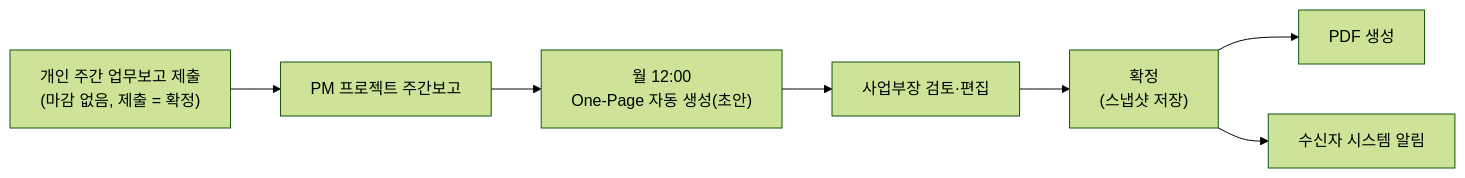
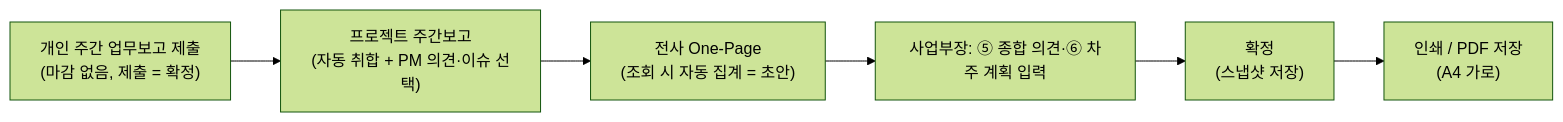
Diagram 13 of 14 in SM_SI_인력관리시스템_명세서.md (toddkim-rgb/BT_HRM), drawn with Mermaid (forest theme) before and after one commit. The commit also changed other lines of this file and 13 other files, not shown here.

First line of the commit message:
v1.0: 주간보고 자동화 (프로젝트 주간보고·전사 One-Page), 범위 재정리

````diff
--- a/SM_SI_인력관리시스템_명세서.md
+++ b/SM_SI_인력관리시스템_명세서.md
@@ -748,9 +712,8 @@
 ```mermaid
 flowchart LR
-  A0["개인 주간 업무보고 제출<br/>(마감 없음, 제출 = 확정)"] --> A1["PM 프로젝트 주간보고"]
-  A1 --> A["월 12:00<br/>One-Page 자동 생성(초안)"]
-  A --> C["사업부장 검토·편집"]
+  A0["개인 주간 업무보고 제출<br/>(마감 없음, 제출 = 확정)"] --> A1["프로젝트 주간보고<br/>(자동 취합 + PM 의견·이슈 선택)"]
+  A1 --> A["전사 One-Page<br/>(조회 시 자동 집계 = 초안)"]
+  A --> C["사업부장: ⑤ 종합 의견·⑥ 차주 계획 입력"]
   C --> D["확정<br/>(스냅샷 저장)"]
-  D --> E["PDF 생성"]
-  D --> F["수신자 시스템 알림"]
+  D --> E["인쇄 / PDF 저장<br/>(A4 가로)"]
 ```
````
